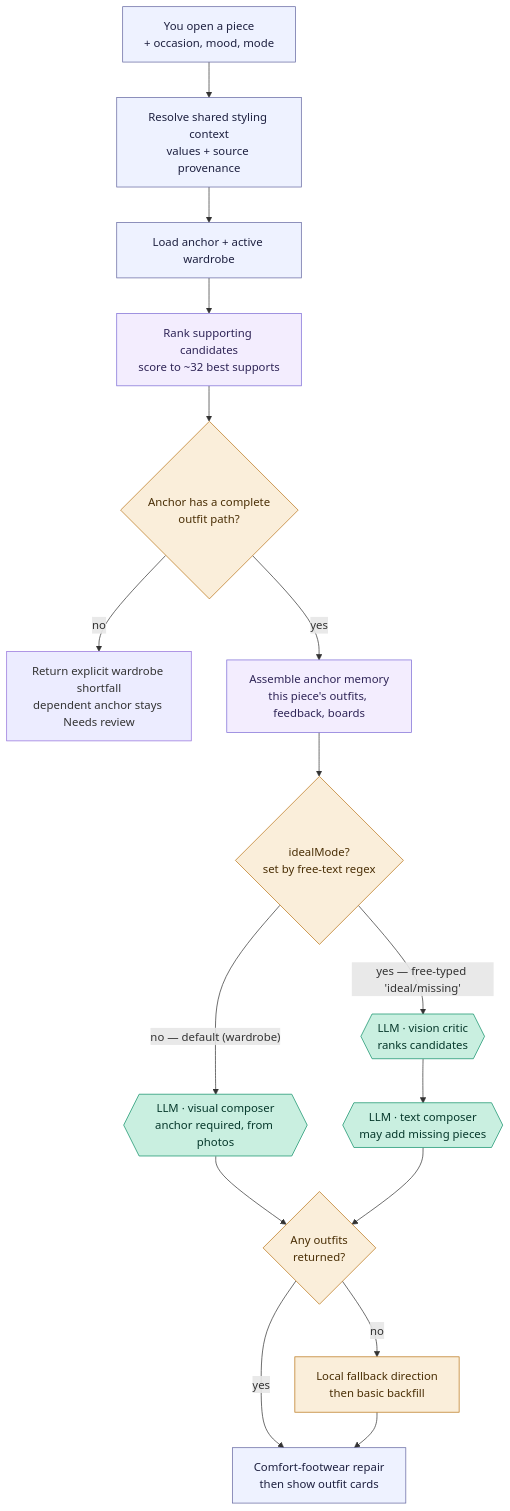
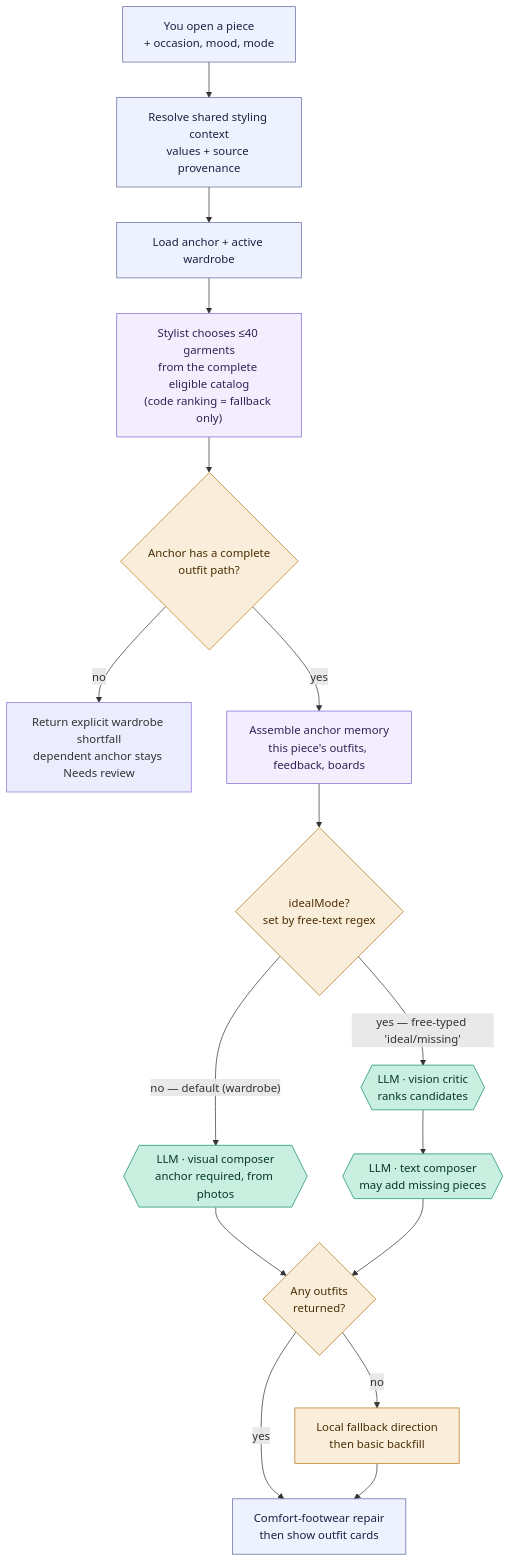
Before and after one commit to yunap/closet: the diagram in docs/flows/selected-piece-composer.md, drawn with Mermaid. The commit also changed other lines of this file and 17 other files, not shown here.

````diff
--- a/docs/flows/selected-piece-composer.md
+++ b/docs/flows/selected-piece-composer.md
@@ -31,25 +31,25 @@
 ```mermaid
 flowchart TD
     A["You open a piece<br/>+ occasion, mood, mode"] --> X["Resolve shared styling context<br/>values + source provenance"]
     X --> B["Load anchor + active wardrobe"]
-    B --> C["Rank supporting candidates<br/>score to ~32 best supports"]
+    B --> C["Stylist chooses ≤40 garments<br/>from the complete eligible catalog<br/>(code ranking = fallback only)"]
     C --> Q{"Anchor has a complete<br/>outfit path?"}
     Q -->|no| S["Return explicit wardrobe shortfall<br/>dependent anchor stays Needs review"]
     Q -->|yes| D["Assemble anchor memory<br/>this piece's outfits, feedback, boards"]
     D --> M{"idealMode?<br/>set by free-text regex"}
     M -->|"no — default (wardrobe)"| E{{"LLM · visual composer<br/>anchor required, from photos"}}
     M -->|"yes — free-typed 'ideal/missing'"| V{{"LLM · vision critic<br/>ranks candidates"}} --> E2{{"LLM · text composer<br/>may add missing pieces"}}
     E --> F{"Any outfits<br/>returned?"}
     E2 --> F
     F -->|yes| R["Comfort-footwear repair<br/>then show outfit cards"]
     F -->|no| G["Local fallback direction<br/>then basic backfill"] --> R
 
     classDef app fill:#eef2ff,stroke:#6366a0,color:#1e2140;
     classDef rules fill:#f3edfe,stroke:#7c6bd6,color:#2f2557;
     classDef model fill:#c9efe0,stroke:#0f8f68,color:#06382b;
     classDef check fill:#faeeda,stroke:#ba7517,color:#4a2f06;
     class A,X,B,R app;
     class C,D rules;
     class E,V,E2 model;
     class Q,M,F,G check;
 ```
````
